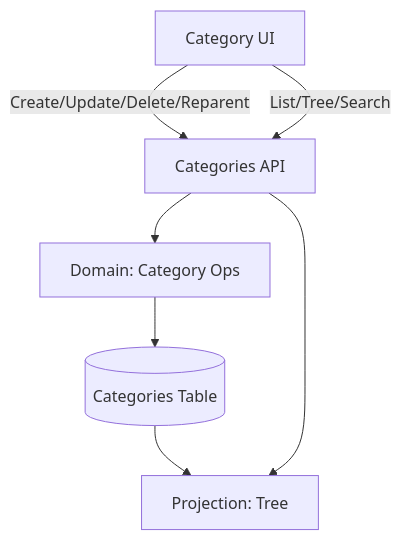
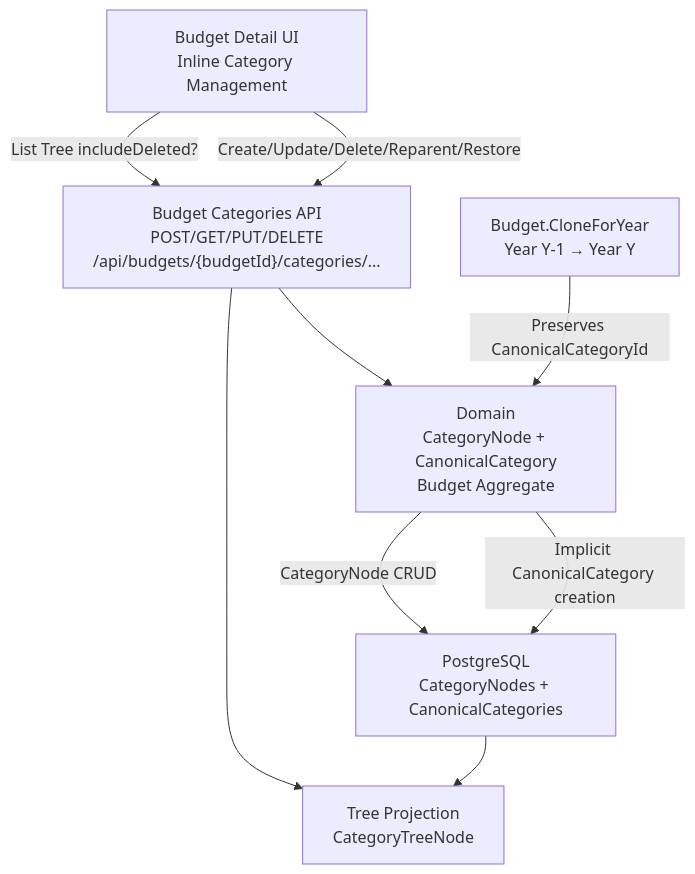
Before and after one commit to DigiBanks99/menlo: the diagram in docs/requirements/budget-categories-vertical/diagrams/vertical-flow.md, drawn with Mermaid. The commit also changed 3 other files, not shown here.

First line of the commit message:
feat(budget-categories): category domain

````diff
--- a/docs/requirements/budget-categories-vertical/diagrams/vertical-flow.md
+++ b/docs/requirements/budget-categories-vertical/diagrams/vertical-flow.md
@@ -3,15 +3,18 @@
 ```mermaid
 flowchart TD
-    UI[Category UI]
-    API[Categories API]
-    Domain[Domain: Category Ops]
-    DB[(Categories Table)]
-    Read[Projection: Tree]
+    UI["Budget Detail UI<br/>Inline Category Management"]
+    API["Budget Categories API<br/>POST/GET/PUT/DELETE<br/>/api/budgets/{budgetId}/categories/..."]
+    Domain["Domain<br/>CategoryNode + CanonicalCategory<br/>Budget Aggregate"]
+    DB["PostgreSQL<br/>CategoryNodes + CanonicalCategories"]
+    Read["Tree Projection<br/>CategoryTreeNode"]
+    Clone["Budget.CloneForYear<br/>Year Y-1 → Year Y"]
 
-    UI -- Create/Update/Delete/Reparent --> API
+    UI -- Create/Update/Delete/Reparent/Restore --> API
     API --> Domain
-    Domain --> DB
+    Domain -- Implicit CanonicalCategory creation --> DB
+    Domain -- CategoryNode CRUD --> DB
     DB --> Read
-    UI -- List/Tree/Search --> API
+    UI -- List Tree includeDeleted? --> API
     API --> Read
+    Clone -- Preserves CanonicalCategoryId --> Domain
 ```
````
